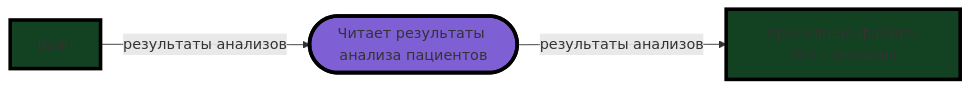
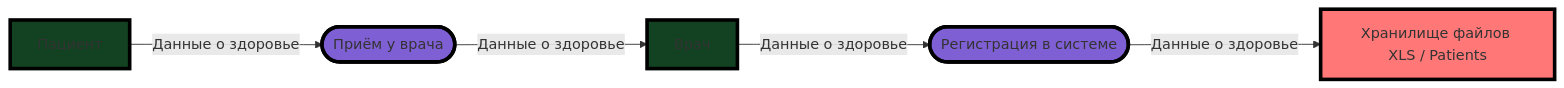
One commit to belyaev-a-g/architecture-medikamente changed the eighth of 9 diagrams in Task_1/Readme.md. Above: the diagram before and after it, drawn with Mermaid. The commit also changed other lines of this file, not shown here.

````diff
--- a/Task_1/Readme.md
+++ b/Task_1/Readme.md
@@ -123,10 +129,12 @@
 ```mermaid
 flowchart LR
     classDef action fill:#7F5FD4, stroke:#000, stroke-width:4px
     classDef entity fill:#124221, stroke:#000, stroke-width:4px
-    
-    xls_share[Хранилище файлов XLS / анализы]:::entity
-    edit([Читает результаты анализа пациентов]):::action
+    classDef share fill:#FF7777 , stroke:#000, stroke-width:4px
+    pacient[Пациент]:::entity
     doctor[Врач]:::entity
-    doctor--"результаты анализов"--> edit--"результаты анализов"-->xls_share
+    xls_share[Хранилище файлов XLS / Patients]:::share
+    consult([Приём у врача]):::action
+    register([Регистрация в системе]):::action
+    pacient--"Данные о здоровье"--> consult--"Данные о здоровье"--> doctor--"Данные о здоровье"--> register--"Данные о здоровье"-->xls_share
 ```
````
